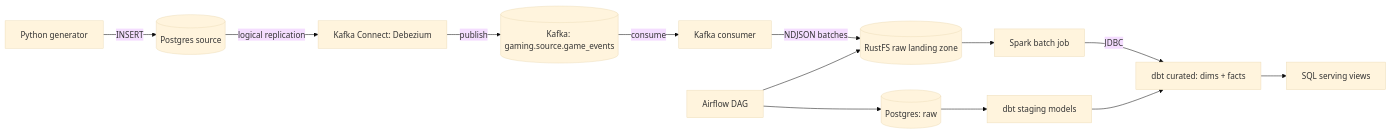
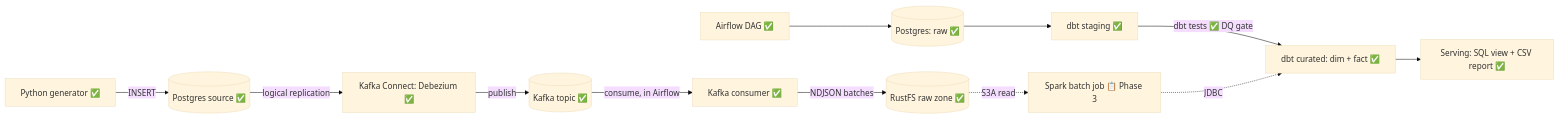
Before and after one commit to nicat-m/gaming-data-pipeline-e2e: the diagram in README.md, drawn with Mermaid (base theme). The commit also changed other lines of this file and 3 other files, not shown here.

````diff
--- a/README.md
+++ b/README.md
@@ -12,15 +14,14 @@
 ```mermaid
 flowchart LR
-    GEN[Python generator] -->|INSERT| PGSRC[(Postgres source)]
-    PGSRC -->|logical replication| CONNECT[Kafka Connect: Debezium]
-    CONNECT -->|publish| KAFKA[(Kafka: gaming.source.game_events)]
-    KAFKA -->|consume| CONSUMER[Kafka consumer]
-    CONSUMER -->|NDJSON batches| RUSTFS[(RustFS raw landing zone)]
-    AF[Airflow DAG] --> RUSTFS
-    AF --> PGRAW[(Postgres: raw)]
-    PGRAW --> STG[dbt staging models]
-    STG --> CUR[dbt curated: dims + facts]
-    RUSTFS --> SPARK[Spark batch job]
-    SPARK -->|JDBC| CUR
-    CUR --> VIEWS[SQL serving views]
+    GEN[Python generator ✅] -->|INSERT| PGSRC[(Postgres source ✅)]
+    PGSRC -->|logical replication| CONNECT[Kafka Connect: Debezium ✅]
+    CONNECT -->|publish| KAFKA[(Kafka topic ✅)]
+    KAFKA -->|consume, in Airflow| CONSUMER[Kafka consumer ✅]
+    CONSUMER -->|NDJSON batches| RUSTFS[(RustFS raw zone ✅)]
+    AF[Airflow DAG ✅] --> PGRAW[(Postgres: raw ✅)]
+    PGRAW --> STG[dbt staging ✅]
+    STG -->|dbt tests ✅ DQ gate| CUR[dbt curated: dim + fact ✅]
+    RUSTFS -.->|S3A read| SPARK[Spark batch job 📋 Phase 3]
+    SPARK -.->|JDBC| CUR
+    CUR --> VIEWS[Serving: SQL view + CSV report ✅]
 ```
````
